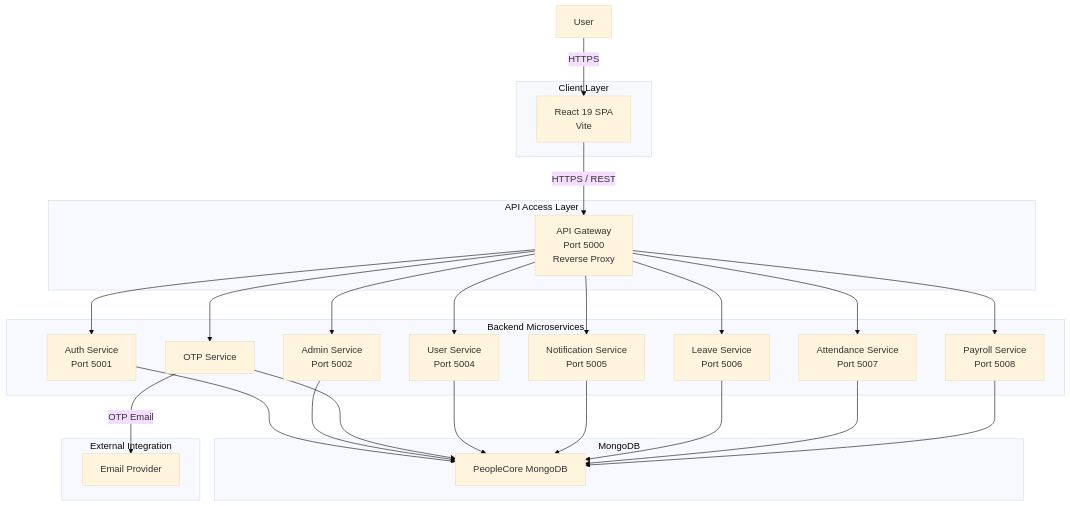
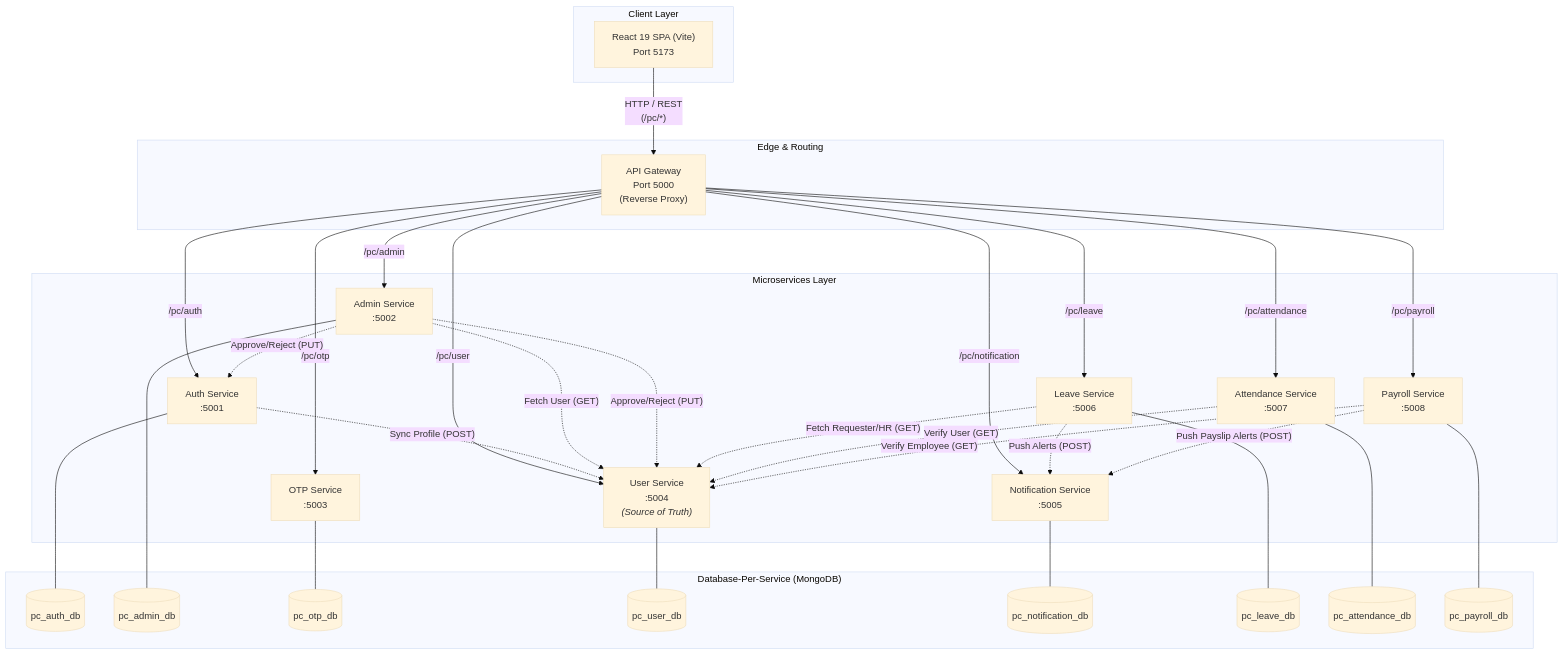
The first of 2 diagrams in README.md (Pratik765/peoplecore), drawn with Mermaid (base theme) before and after one commit. The commit also changed other lines of this file and 53 other files, not shown here.

Commit message:
feat: migrate to database-per-service architecture, update dynamic Indian user data with Pratik Kamble as admin, and revamp README diagrams

````diff
--- a/README.md
+++ b/README.md
@@ -190,57 +107,66 @@
-``` mermaid
+```mermaid
 flowchart TB
-
-    USER["User"]
-
     subgraph CLIENT["Client Layer"]
-        REACT["React 19 SPA<br/>Vite"]
+        REACT["React 19 SPA (Vite)<br/>Port 5173"]
     end
 
-    subgraph EDGE["API Access Layer"]
-        GATEWAY["API Gateway<br/>Port 5000<br/>Reverse Proxy"]
+    subgraph GATEWAY_LAYER["Edge & Routing"]
+        GW["API Gateway<br/>Port 5000<br/>(Reverse Proxy)"]
     end
 
-    subgraph SERVICES["Backend Microservices"]
-
-        AUTH["Auth Service<br/>Port 5001"]
-        ADMIN["Admin Service<br/>Port 5002"]
-        OTP["OTP Service"]
-        USER_SVC["User Service<br/>Port 5004"]
-        NOTIFICATION["Notification Service<br/>Port 5005"]
-        LEAVE["Leave Service<br/>Port 5006"]
-        ATTENDANCE["Attendance Service<br/>Port 5007"]
-        PAYROLL["Payroll Service<br/>Port 5008"]
-
+    subgraph SERVICES["Microservices Layer"]
+        AUTH["Auth Service<br/>:5001"]
+        ADMIN["Admin Service<br/>:5002"]
+        OTP["OTP Service<br/>:5003"]
+        USER["User Service<br/>:5004<br/><i>(Source of Truth)</i>"]
+        NOTIF["Notification Service<br/>:5005"]
+        LEAVE["Leave Service<br/>:5006"]
+        ATTEND["Attendance Service<br/>:5007"]
+        PAYROLL["Payroll Service<br/>:5008"]
     end
 
-    subgraph DATA["MongoDB"]
-        MONGO["PeopleCore MongoDB"]
+    subgraph DATABASES["Database-Per-Service (MongoDB)"]
+        DB_AUTH[("pc_auth_db")]
+        DB_ADMIN[("pc_admin_db")]
+        DB_OTP[("pc_otp_db")]
+        DB_USER[("pc_user_db")]
+        DB_NOTIF[("pc_notification_db")]
+        DB_LEAVE[("pc_leave_db")]
+        DB_ATTEND[("pc_attendance_db")]
+        DB_PAYROLL[("pc_payroll_db")]
     end
 
-    subgraph EXTERNAL["External Integration"]
-        EMAIL["Email Provider"]
-    end
+    %% Client to Gateway
+    REACT -->|"HTTP / REST<br/>(/pc/*)"| GW
 
-    USER -->|HTTPS| REACT
-    REACT -->|HTTPS / REST| GATEWAY
+    %% Gateway to Services
+    GW -->|/pc/auth| AUTH
+    GW -->|/pc/admin| ADMIN
+    GW -->|/pc/otp| OTP
+    GW -->|/pc/user| USER
+    GW -->|/pc/notification| NOTIF
+    GW -->|/pc/leave| LEAVE
+    GW -->|/pc/attendance| ATTEND
+    GW -->|/pc/payroll| PAYROLL
 
-    GATEWAY --> AUTH
-    GATEWAY --> ADMIN
-    GATEWAY --> OTP
-    GATEWAY --> USER_SVC
-    GATEWAY --> NOTIFICATION
-    GATEWAY --> LEAVE
-    GATEWAY --> ATTENDANCE
-    GATEWAY --> PAYROLL
+    %% Services to DBs
+    AUTH --- DB_AUTH
+    ADMIN --- DB_ADMIN
+    OTP --- DB_OTP
+    USER --- DB_USER
+    NOTIF --- DB_NOTIF
+    LEAVE --- DB_LEAVE
+    ATTEND --- DB_ATTEND
+    PAYROLL --- DB_PAYROLL
 
-    AUTH --> MONGO
-    ADMIN --> MONGO
-    OTP --> MONGO
-    USER_SVC --> MONGO
-    NOTIFICATION --> MONGO
-    LEAVE --> MONGO
-    ATTENDANCE --> MONGO
-    PAYROLL --> MONGO
-
-    OTP -->|OTP Email| EMAIL
+    %% Interservice Communication (HTTP)
+    AUTH -.->|"Sync Profile (POST)"| USER
+    ADMIN -.->|"Fetch User (GET)"| USER
+    ADMIN -.->|"Approve/Reject (PUT)"| AUTH
+    ADMIN -.->|"Approve/Reject (PUT)"| USER
+    LEAVE -.->|"Fetch Requester/HR (GET)"| USER
+    LEAVE -.->|"Push Alerts (POST)"| NOTIF
+    ATTEND -.->|"Verify User (GET)"| USER
+    PAYROLL -.->|"Verify Employee (GET)"| USER
+    PAYROLL -.->|"Push Payslip Alerts (POST)"| NOTIF
 ```
````
